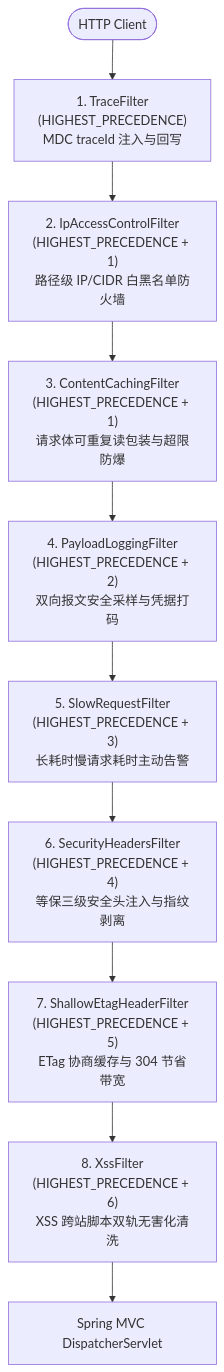
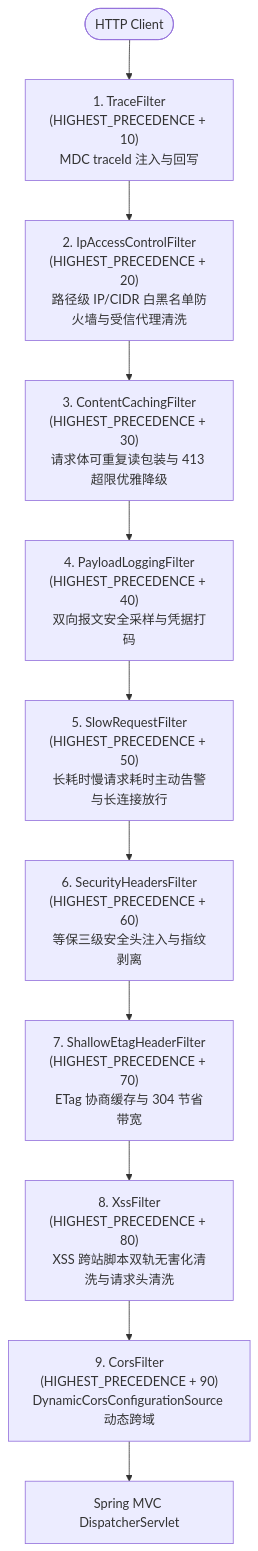
One commit to atengk/ateng-boot changed the first of 2 diagrams in ateng-boot-web/README.md. Above: the diagram before and after it, drawn with Mermaid. The commit also changed other lines of this file and 4 other files, not shown here.

````diff
--- a/ateng-boot-web/README.md
+++ b/ateng-boot-web/README.md
@@ -56,12 +56,13 @@
 ```mermaid
 flowchart TD
-    Client(["HTTP Client"]) --> TraceFilter["1. TraceFilter<br>(HIGHEST_PRECEDENCE)<br>MDC traceId 注入与回写"]
-    TraceFilter --> IpFilter["2. IpAccessControlFilter<br>(HIGHEST_PRECEDENCE + 1)<br>路径级 IP/CIDR 白黑名单防火墙"]
-    IpFilter --> CacheFilter["3. ContentCachingFilter<br>(HIGHEST_PRECEDENCE + 1)<br>请求体可重复读包装与超限防爆"]
-    CacheFilter --> PayloadFilter["4. PayloadLoggingFilter<br>(HIGHEST_PRECEDENCE + 2)<br>双向报文安全采样与凭据打码"]
-    PayloadFilter --> SlowFilter["5. SlowRequestFilter<br>(HIGHEST_PRECEDENCE + 3)<br>长耗时慢请求耗时主动告警"]
-    SlowFilter --> SecurityFilter["6. SecurityHeadersFilter<br>(HIGHEST_PRECEDENCE + 4)<br>等保三级安全头注入与指纹剥离"]
-    SecurityFilter --> EtagFilter["7. ShallowEtagHeaderFilter<br>(HIGHEST_PRECEDENCE + 5)<br>ETag 协商缓存与 304 节省带宽"]
-    EtagFilter --> XssFilter["8. XssFilter<br>(HIGHEST_PRECEDENCE + 6)<br>XSS 跨站脚本双轨无害化清洗"]
-    XssFilter --> Dispatcher["Spring MVC DispatcherServlet"]
+    Client(["HTTP Client"]) --> TraceFilter["1. TraceFilter<br>(HIGHEST_PRECEDENCE + 10)<br>MDC traceId 注入与回写"]
+    TraceFilter --> IpFilter["2. IpAccessControlFilter<br>(HIGHEST_PRECEDENCE + 20)<br>路径级 IP/CIDR 白黑名单防火墙与受信代理清洗"]
+    IpFilter --> CacheFilter["3. ContentCachingFilter<br>(HIGHEST_PRECEDENCE + 30)<br>请求体可重复读包装与 413 超限优雅降级"]
+    CacheFilter --> PayloadFilter["4. PayloadLoggingFilter<br>(HIGHEST_PRECEDENCE + 40)<br>双向报文安全采样与凭据打码"]
+    PayloadFilter --> SlowFilter["5. SlowRequestFilter<br>(HIGHEST_PRECEDENCE + 50)<br>长耗时慢请求耗时主动告警与长连接放行"]
+    SlowFilter --> SecurityFilter["6. SecurityHeadersFilter<br>(HIGHEST_PRECEDENCE + 60)<br>等保三级安全头注入与指纹剥离"]
+    SecurityFilter --> EtagFilter["7. ShallowEtagHeaderFilter<br>(HIGHEST_PRECEDENCE + 70)<br>ETag 协商缓存与 304 节省带宽"]
+    EtagFilter --> XssFilter["8. XssFilter<br>(HIGHEST_PRECEDENCE + 80)<br>XSS 跨站脚本双轨无害化清洗与请求头清洗"]
+    XssFilter --> CorsFilter["9. CorsFilter<br>(HIGHEST_PRECEDENCE + 90)<br>DynamicCorsConfigurationSource 动态跨域"]
+    CorsFilter --> Dispatcher["Spring MVC DispatcherServlet"]
 ```
````
